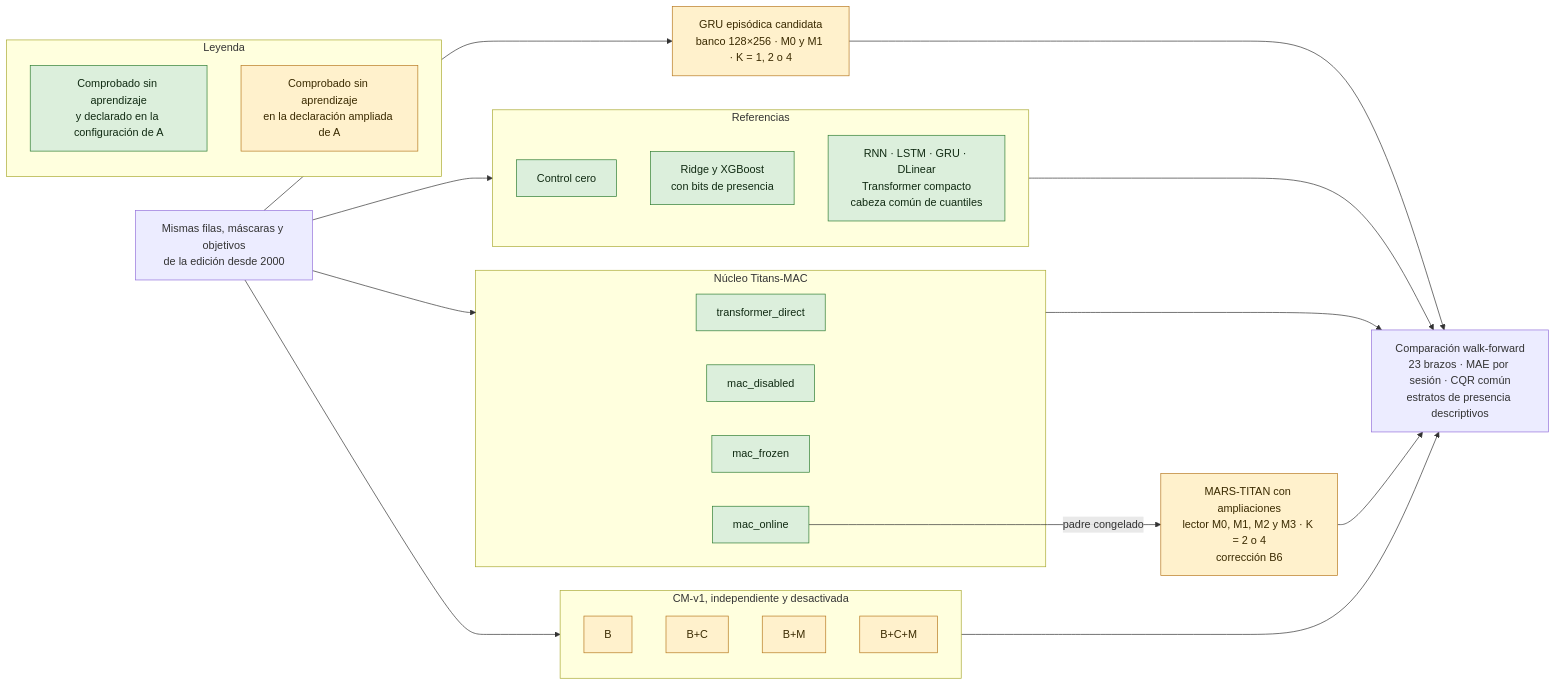
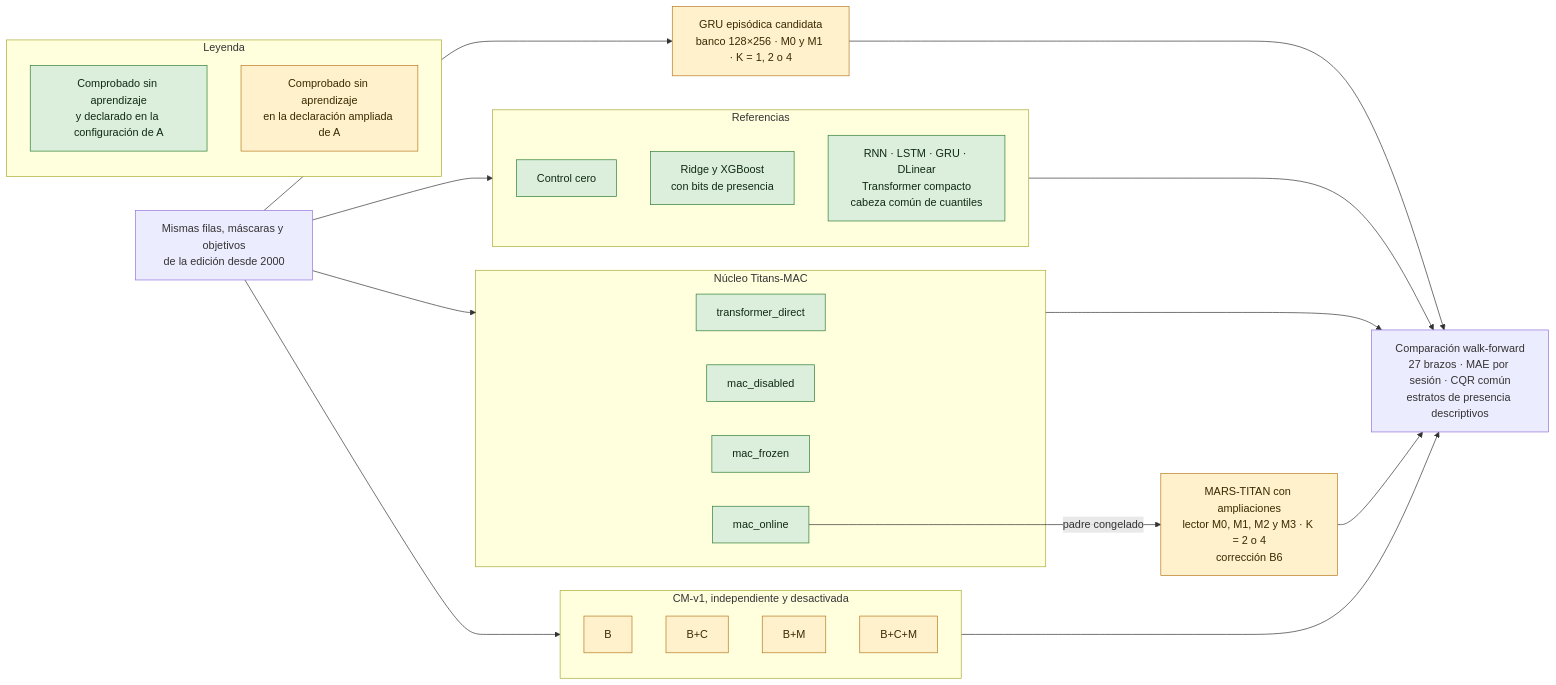
One commit to GonxKZ/mars-titan changed the second of 3 diagrams in README.md. Above: the diagram before and after it, drawn with Mermaid. The commit also changed other lines of this file and 506 other files, not shown here.

````diff
--- a/README.md
+++ b/README.md
@@ -81,49 +81,49 @@
 ```mermaid
 flowchart LR
     D["Mismas filas, máscaras y objetivos<br/>de la edición desde 2000"]
 
     subgraph REF["Referencias"]
         Z["Control cero"]:::comprobado
         TAB["Ridge y XGBoost<br/>con bits de presencia"]:::comprobado
         NEU["RNN · LSTM · GRU · DLinear<br/>Transformer compacto<br/>cabeza común de cuantiles"]:::comprobado
     end
 
     G["GRU episódica candidata<br/>banco 128×256 · M0 y M1 · K = 1, 2 o 4"]:::parcial
 
     subgraph TIT["Núcleo Titans-MAC"]
         T1["transformer_direct"]:::comprobado
         T2["mac_disabled"]:::comprobado
         T3["mac_frozen"]:::comprobado
         T4["mac_online"]:::comprobado
     end
 
     M["MARS-TITAN con ampliaciones<br/>lector M0, M1, M2 y M3 · K = 2 o 4<br/>corrección B6"]:::parcial
 
     subgraph CM["CM-v1, independiente y desactivada"]
         C1["B"]:::parcial
         C2["B+C"]:::parcial
         C3["B+M"]:::parcial
         C4["B+C+M"]:::parcial
     end
 
-    EV["Comparación walk-forward<br/>23 brazos · MAE por sesión · CQR común<br/>estratos de presencia descriptivos"]
+    EV["Comparación walk-forward<br/>27 brazos · MAE por sesión · CQR común<br/>estratos de presencia descriptivos"]
 
     D --> REF
     D --> G
     D --> TIT
     D --> CM
     T4 -- padre congelado --> M
     REF --> EV
     G --> EV
     TIT --> EV
     M --> EV
     CM --> EV
 
     subgraph LEY["Leyenda"]
         L1["Comprobado sin aprendizaje<br/>y declarado en la configuración de A"]:::comprobado
         L2["Comprobado sin aprendizaje<br/>en la declaración ampliada de A"]:::parcial
     end
 
     classDef comprobado fill:#dcefdc,stroke:#2e7d32,color:#102a12
     classDef parcial fill:#fff1cc,stroke:#b7791f,color:#3a2a00
 ```
````
